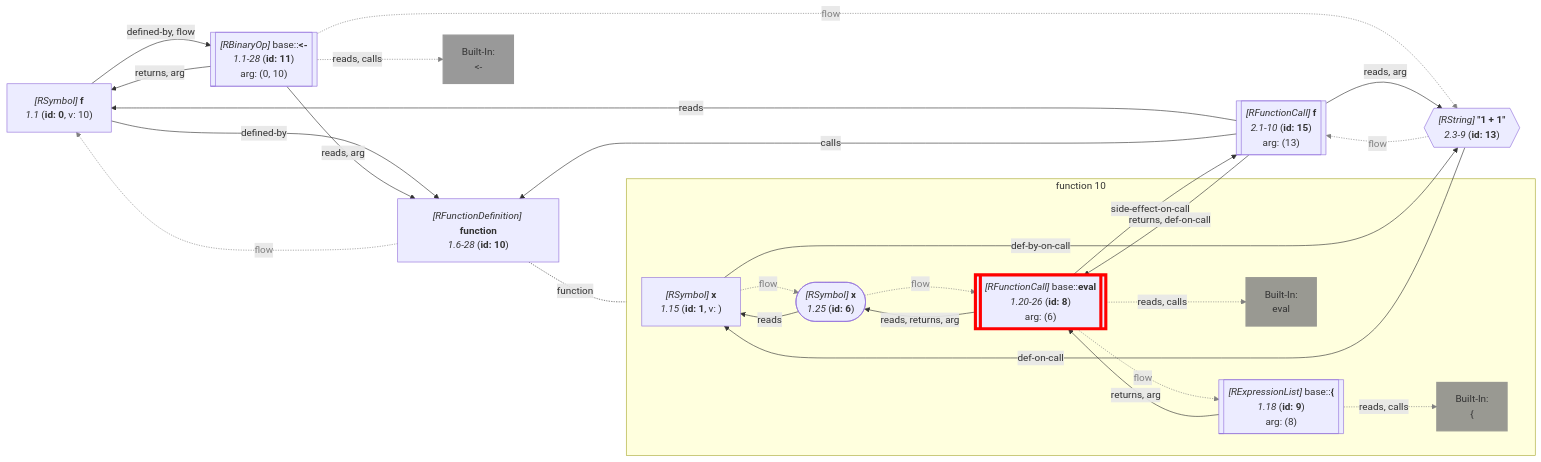
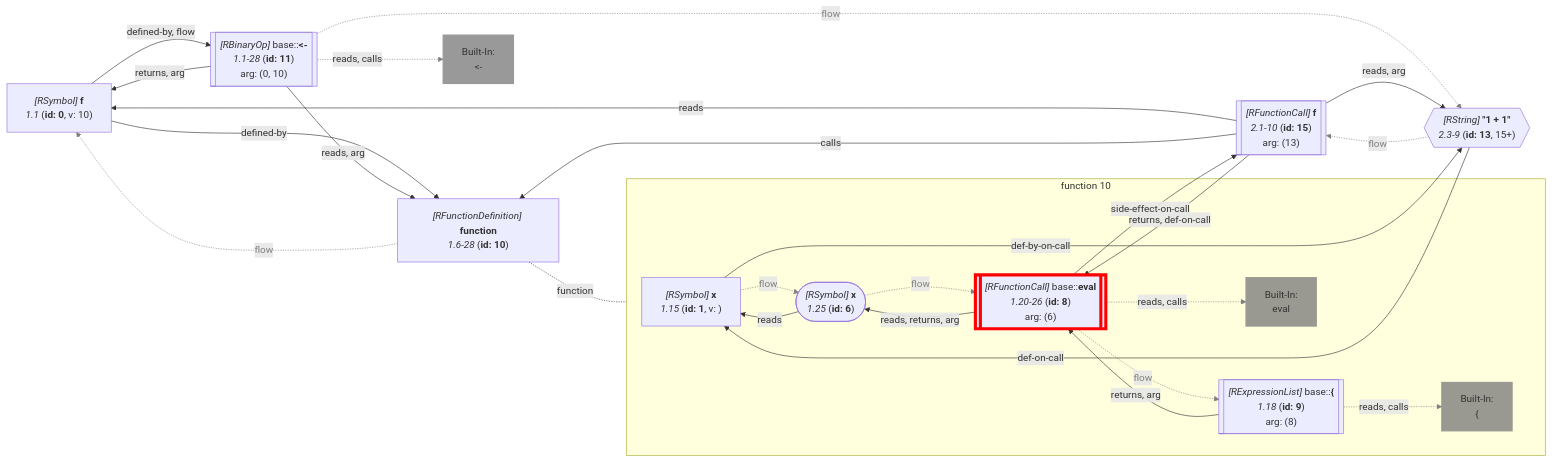
The diagram in wiki/[Query] Does-Call.md (flowr-analysis/flowr), drawn with Mermaid before and after one commit. The commit also changed other lines of this file and 39 other files, not shown here.

```diff
--- a/wiki/[Query] Does-Call.md
+++ b/wiki/[Query] Does-Call.md
@@ -111,7 +111,7 @@
 #60;#45;`"]
     style built-in:_60_- stroke:gray,fill:gray,stroke-width:2px,opacity:.8;
     13{{"`*#91;RString#93;* **#34;1 #43; 1#34;**
-      *2.3-9* (**id: 13**)`"}}
+      *2.3-9* (**id: 13**, 15+)`"}}
     %% Environment of 15 [level: 0]:
     %% Built-in
     %% 1----------------------------------------
```
